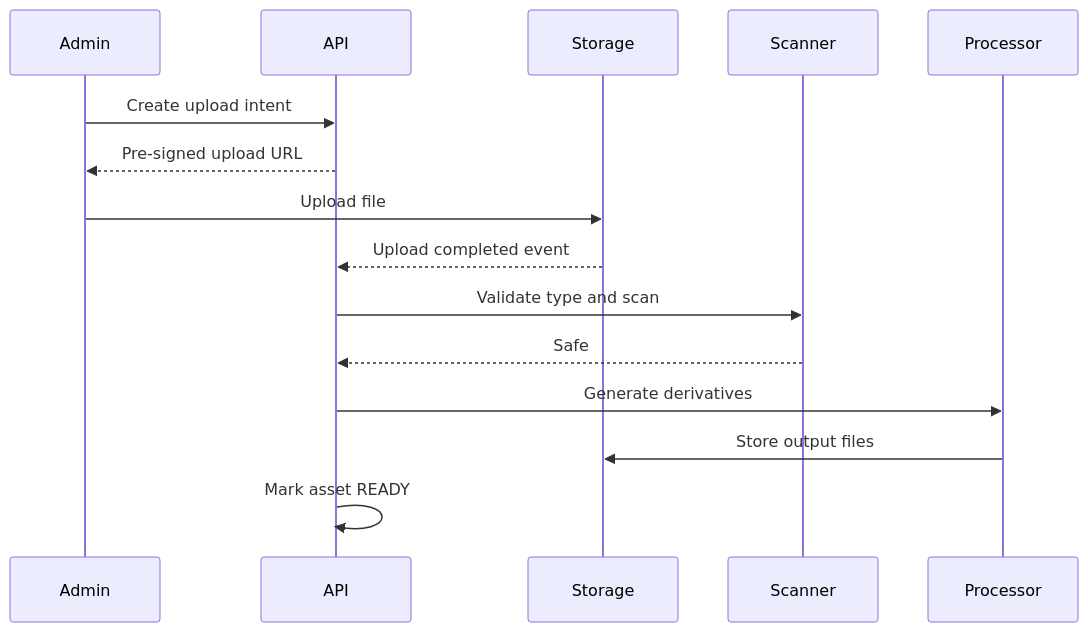
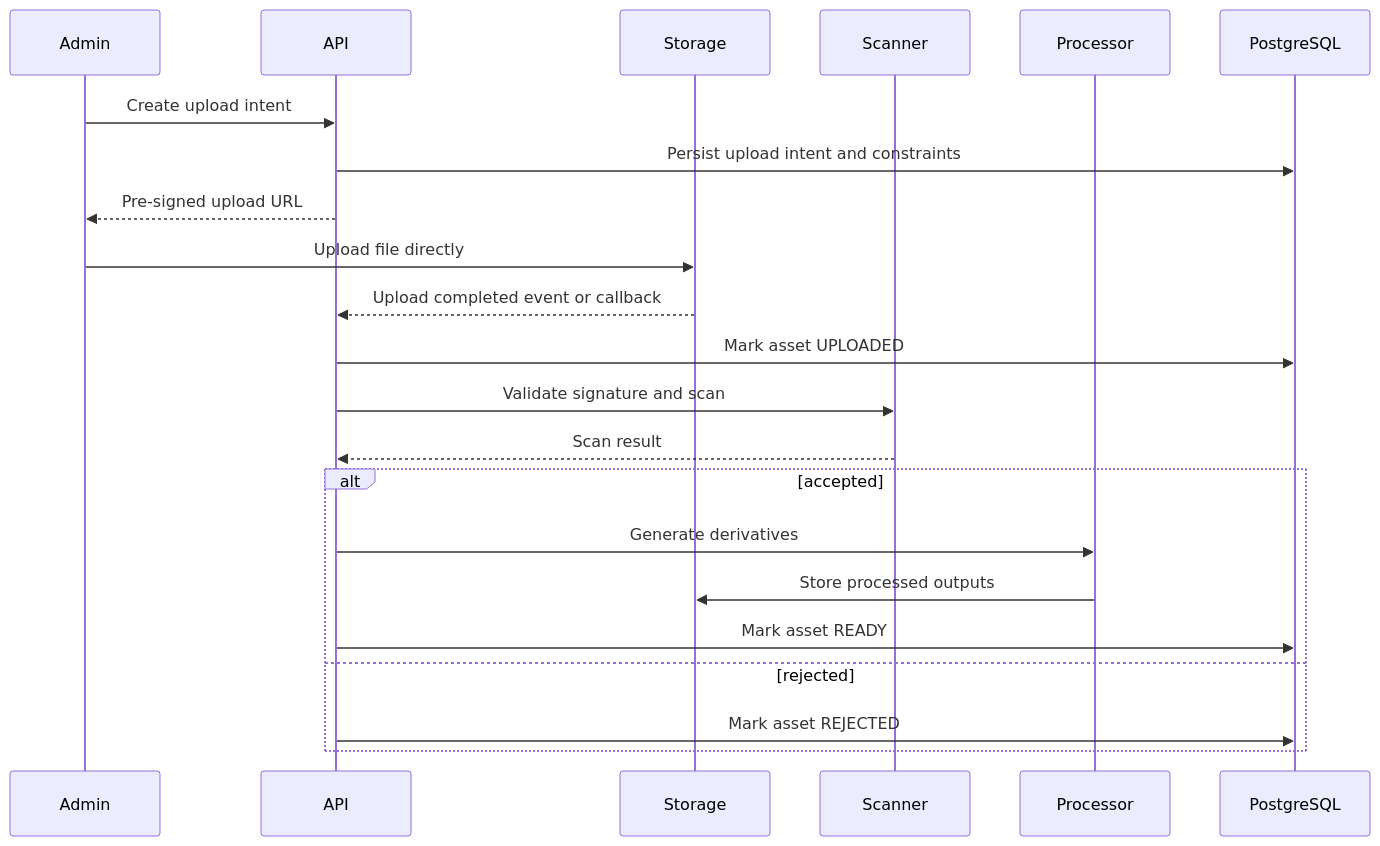
The diagram in docs/00_Project/ADR/ADR-0008-object-storage-and-cdn.md (IoanMarian08/KidsAudioBookPlatform), drawn with Mermaid before and after one commit. The commit also changed other lines of this file, not shown here.

Commit message:
expand object storage and CDN ADR

````diff
--- a/docs/00_Project/ADR/ADR-0008-object-storage-and-cdn.md
+++ b/docs/00_Project/ADR/ADR-0008-object-storage-and-cdn.md
@@ -38,18 +94,25 @@
 ```mermaid
 sequenceDiagram
     participant Admin
     participant API
     participant Storage
     participant Scanner
     participant Processor
+    participant DB as PostgreSQL
 
     Admin->>API: Create upload intent
+    API->>DB: Persist upload intent and constraints
     API-->>Admin: Pre-signed upload URL
-    Admin->>Storage: Upload file
-    Storage-->>API: Upload completed event
-    API->>Scanner: Validate type and scan
-    Scanner-->>API: Safe
-    API->>Processor: Generate derivatives
-    Processor->>Storage: Store output files
-    API->>API: Mark asset READY
+    Admin->>Storage: Upload file directly
+    Storage-->>API: Upload completed event or callback
+    API->>DB: Mark asset UPLOADED
+    API->>Scanner: Validate signature and scan
+    Scanner-->>API: Scan result
+    alt accepted
+        API->>Processor: Generate derivatives
+        Processor->>Storage: Store processed outputs
+        API->>DB: Mark asset READY
+    else rejected
+        API->>DB: Mark asset REJECTED
+    end
 ```
````
